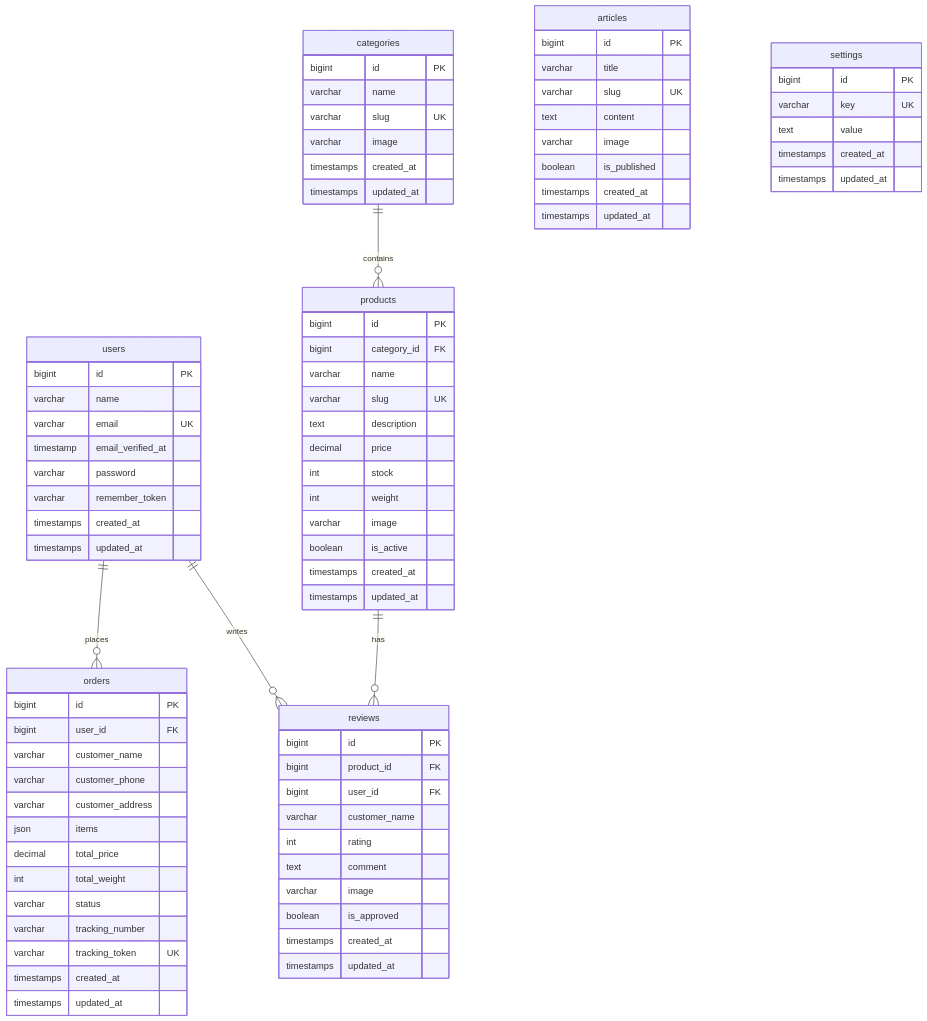
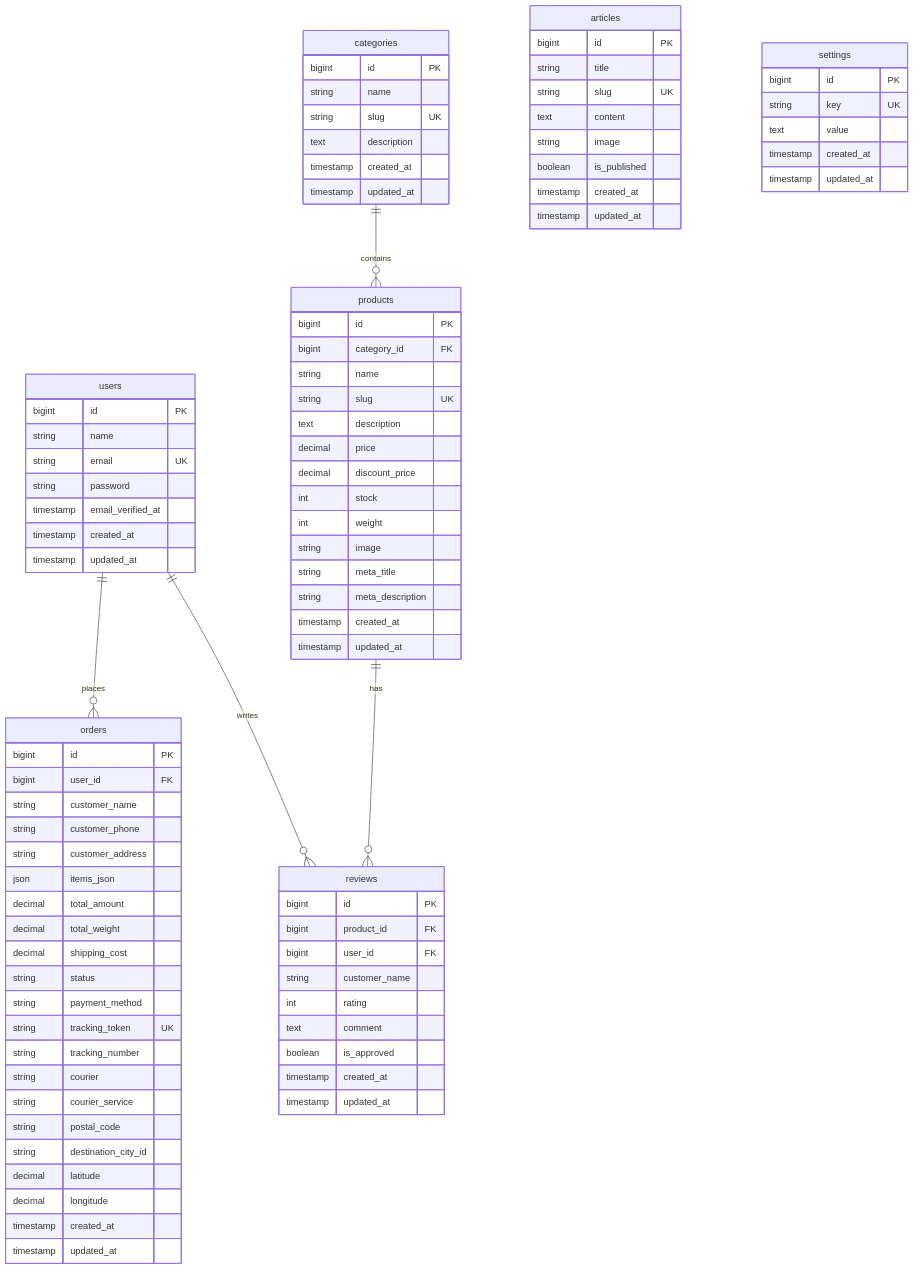
One commit to mustarisyahding07-spec/WEBSITE_SKRIPSI_MUSTARI changed the seventh of 8 diagrams in docs/DESIGN.md. Above: the diagram before and after it, drawn with Mermaid. The commit also changed other lines of this file and 7 other files, not shown here.

````diff
--- a/docs/DESIGN.md
+++ b/docs/DESIGN.md
@@ -363,90 +443,98 @@
 ```mermaid
 erDiagram
+    users ||--o{ orders : "places"
+    users ||--o{ reviews : "writes"
+    categories ||--o{ products : "contains"
+    products ||--o{ reviews : "has"
+    
     users {
         bigint id PK
-        varchar name
-        varchar email UK
+        string name
+        string email UK
+        string password
         timestamp email_verified_at
-        varchar password
-        varchar remember_token
-        timestamps created_at
-        timestamps updated_at
+        timestamp created_at
+        timestamp updated_at
     }
-
+    
     categories {
         bigint id PK
-        varchar name
-        varchar slug UK
-        varchar image
-        timestamps created_at
-        timestamps updated_at
+        string name
+        string slug UK
+        text description
+        timestamp created_at
+        timestamp updated_at
     }
-
+    
     products {
         bigint id PK
         bigint category_id FK
-        varchar name
-        varchar slug UK
+        string name
+        string slug UK
         text description
         decimal price
+        decimal discount_price
         int stock
         int weight
-        varchar image
-        boolean is_active
-        timestamps created_at
-        timestamps updated_at
+        string image
+        string meta_title
+        string meta_description
+        timestamp created_at
+        timestamp updated_at
     }
-
+    
     orders {
         bigint id PK
         bigint user_id FK
-        varchar customer_name
-        varchar customer_phone
-        varchar customer_address
-        json items
-        decimal total_price
-        int total_weight
-        varchar status
-        varchar tracking_number
-        varchar tracking_token UK
-        timestamps created_at
-        timestamps updated_at
+        string customer_name
+        string customer_phone
+        string customer_address
+        json items_json
+        decimal total_amount
+        decimal total_weight
+        decimal shipping_cost
+        string status
+        string payment_method
+        string tracking_token UK
+        string tracking_number
+        string courier
+        string courier_service
+        string postal_code
+        string destination_city_id
+        decimal latitude
+        decimal longitude
+        timestamp created_at
+        timestamp updated_at
     }
-
+    
     reviews {
         bigint id PK
         bigint product_id FK
         bigint user_id FK
-        varchar customer_name
+        string customer_name
         int rating
         text comment
-        varchar image
         boolean is_approved
-        timestamps created_at
-        timestamps updated_at
+        timestamp created_at
+        timestamp updated_at
     }
-
+    
     articles {
         bigint id PK
-        varchar title
-        varchar slug UK
+        string title
+        string slug UK
         text content
-        varchar image
+        string image
         boolean is_published
-        timestamps created_at
-        timestamps updated_at
+        timestamp created_at
+        timestamp updated_at
     }
-
+    
     settings {
         bigint id PK
-        varchar key UK
+        string key UK
         text value
-        timestamps created_at
-        timestamps updated_at
+        timestamp created_at
+        timestamp updated_at
     }
-
-    users ||--o{ orders : "places"
-    users ||--o{ reviews : "writes"
-    categories ||--o{ products : "contains"
-    products ||--o{ reviews : "has"
 ```
````
